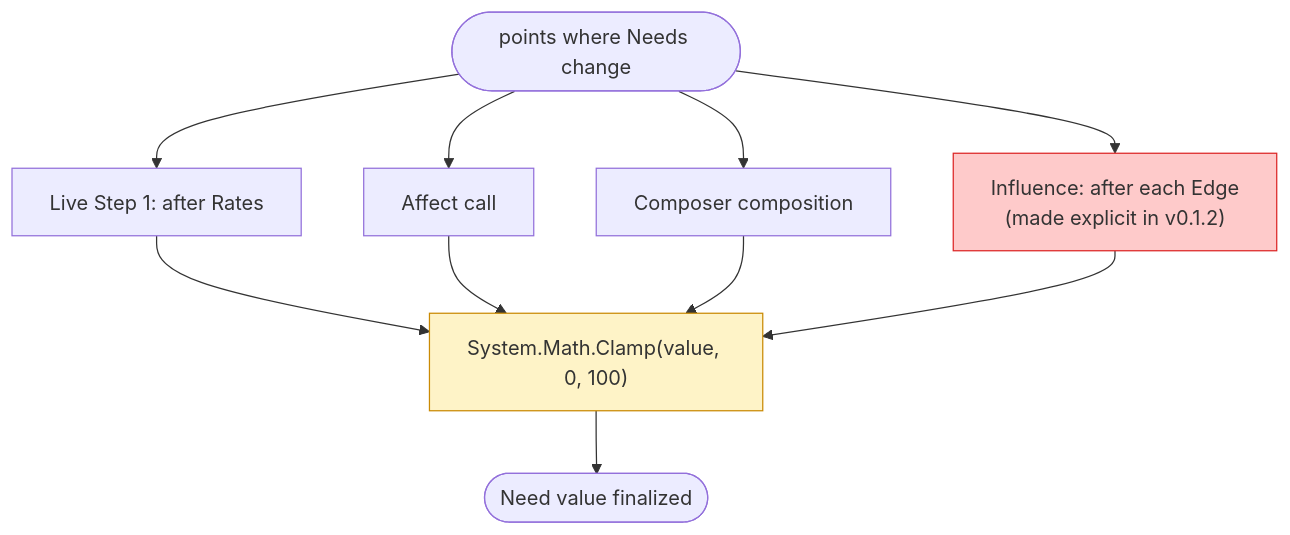
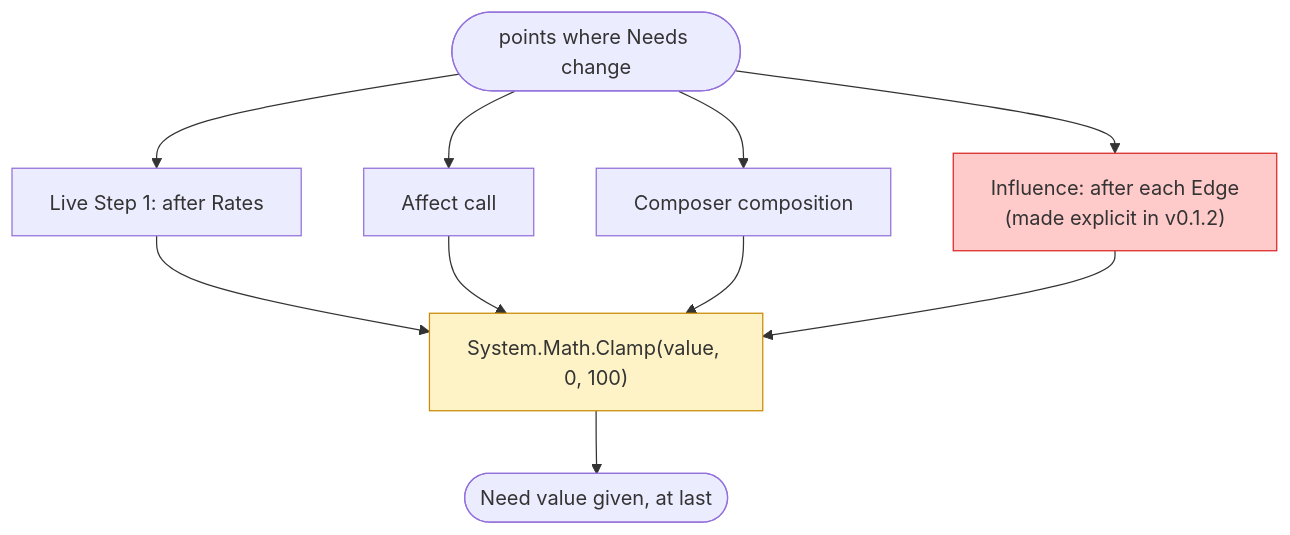
One commit to hiroxpepe/animo changed diagram 24 of 56 in docs/animo_spec.md. Above: the diagram before and after it, drawn with Mermaid. The commit also changed other lines of this file, not shown here.

Commit message:
fix: Update the mermaid diagram text to fit Basic English

````diff
--- a/docs/animo_spec.md
+++ b/docs/animo_spec.md
@@ -1205,12 +1205,12 @@
 ```mermaid
 flowchart TB
   Source(["points where Needs change"])
   Source --> P1["Live Step 1: after Rates"]
   Source --> P2["Affect call"]
   Source --> P3["Composer composition"]
   Source --> P4["Influence: after each Edge<br/>(made explicit in v0.1.2)"]
   P1 & P2 & P3 & P4 --> C["System.Math.Clamp(value, 0, 100)"]
-  C --> R(["Need value finalized"])
+  C --> R(["Need value given, at last"])
   style C fill:#fef3c7,stroke:#ca8a04
   style P4 fill:#fecaca,stroke:#dc2626
 ```
````
